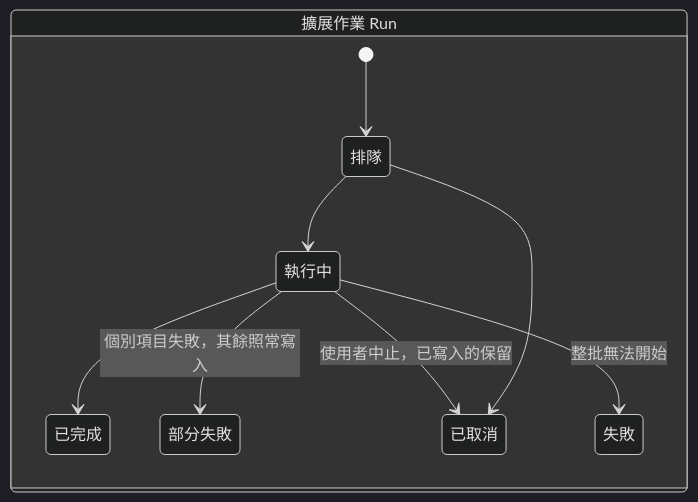
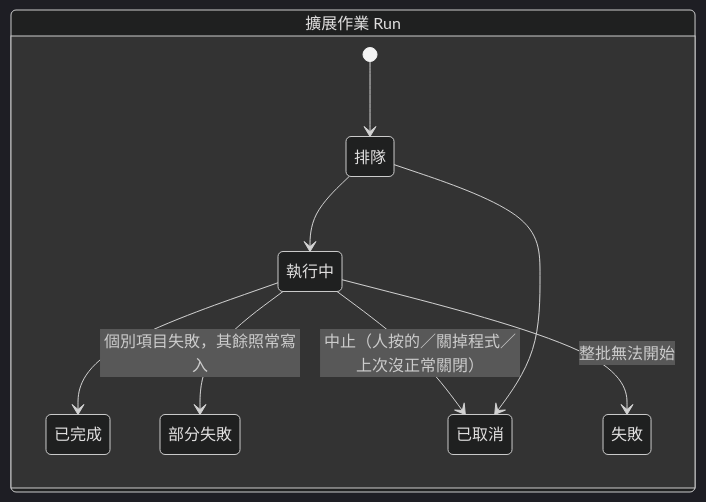
One commit to SpringRain555/cyclosa changed the third of 4 diagrams in docs/architecture/state-machines.md. Above: the diagram before and after it, drawn with Mermaid (dark theme). The commit also changed other lines of this file and 30 other files, not shown here.

````diff
--- a/docs/architecture/state-machines.md
+++ b/docs/architecture/state-machines.md
@@ -78,13 +78,13 @@
 ```mermaid
 stateDiagram-v2
   direction LR
   state "擴展作業 Run" as R {
     [*] --> 排隊
     排隊 --> 執行中
     執行中 --> 已完成
     執行中 --> 部分失敗 : 個別項目失敗，其餘照常寫入
-    執行中 --> 已取消 : 使用者中止，已寫入的保留
+    執行中 --> 已取消 : 中止（人按的／關掉程式／上次沒正常關閉）
     執行中 --> 失敗 : 整批無法開始
     排隊 --> 已取消
   }
 ```
````
